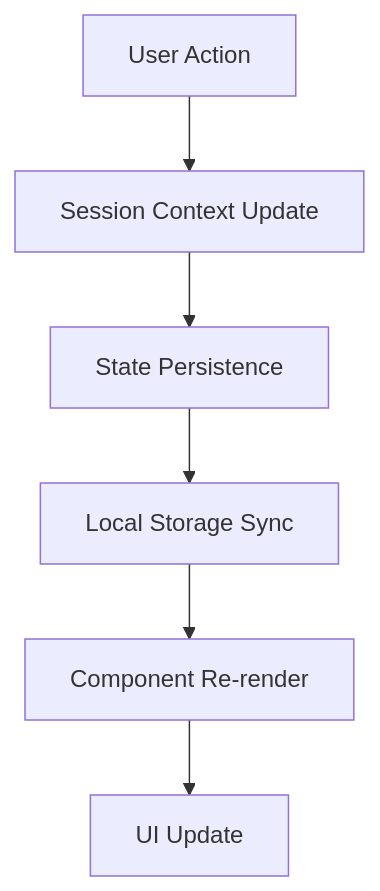
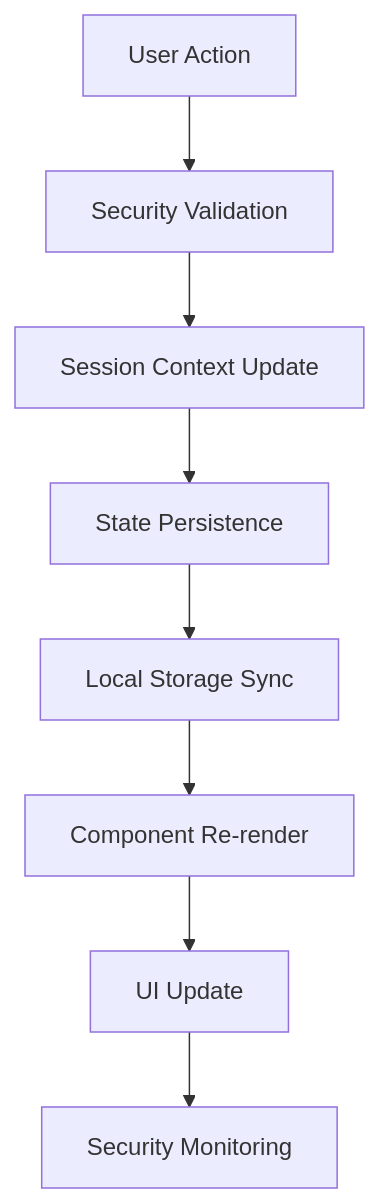
One commit to AdityaKothari27/Querra changed the third of 3 diagrams in TECHNICAL.md. Above: the diagram before and after it, drawn with Mermaid. The commit also changed other lines of this file and 16 other files, not shown here.

````diff
--- a/TECHNICAL.md
+++ b/TECHNICAL.md
@@ -85,8 +216,10 @@
 ```mermaid
 graph TD
-    A[User Action] --> B[Session Context Update]
-    B --> C[State Persistence]
-    C --> D[Local Storage Sync]
-    D --> E[Component Re-render]
-    E --> F[UI Update]
+    A[User Action] --> B[Security Validation]
+    B --> C[Session Context Update]
+    C --> D[State Persistence]
+    D --> E[Local Storage Sync]
+    E --> F[Component Re-render]
+    F --> G[UI Update]
+    G --> H[Security Monitoring]
 ```
````
